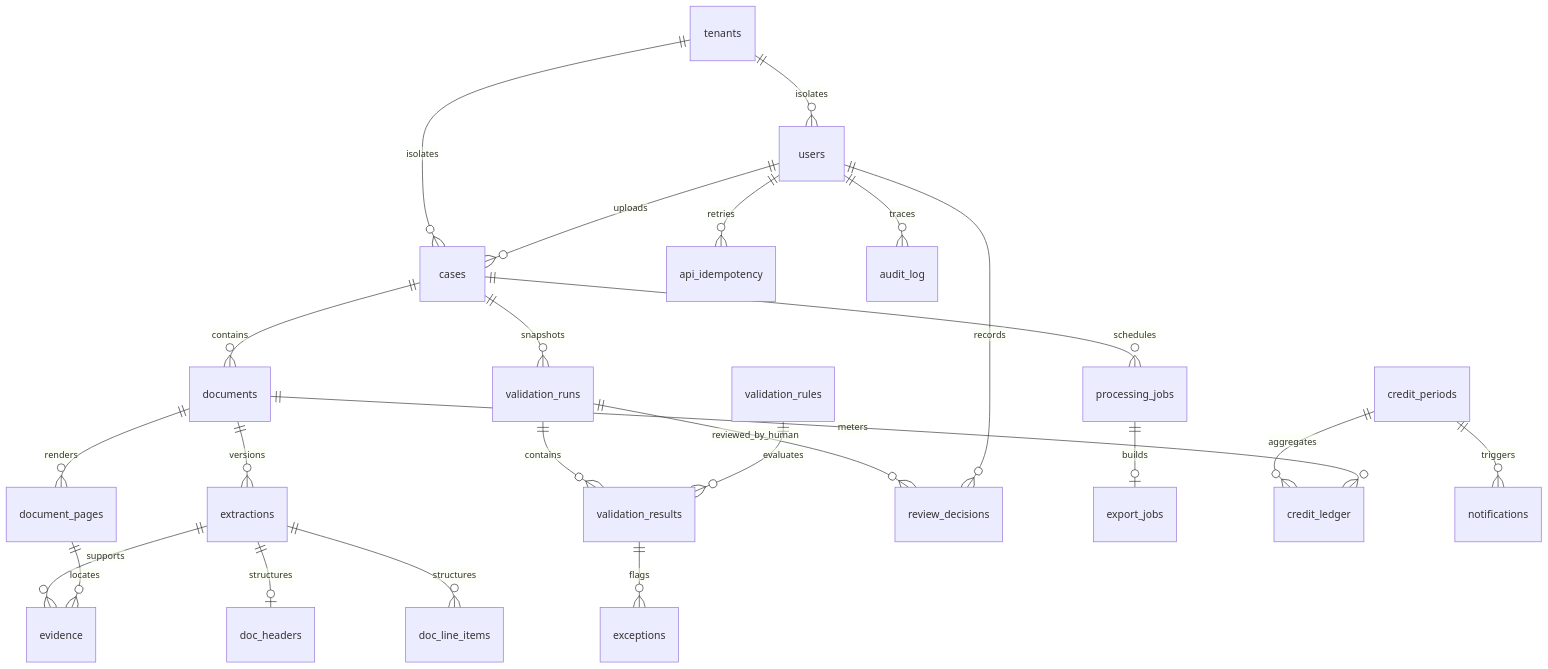
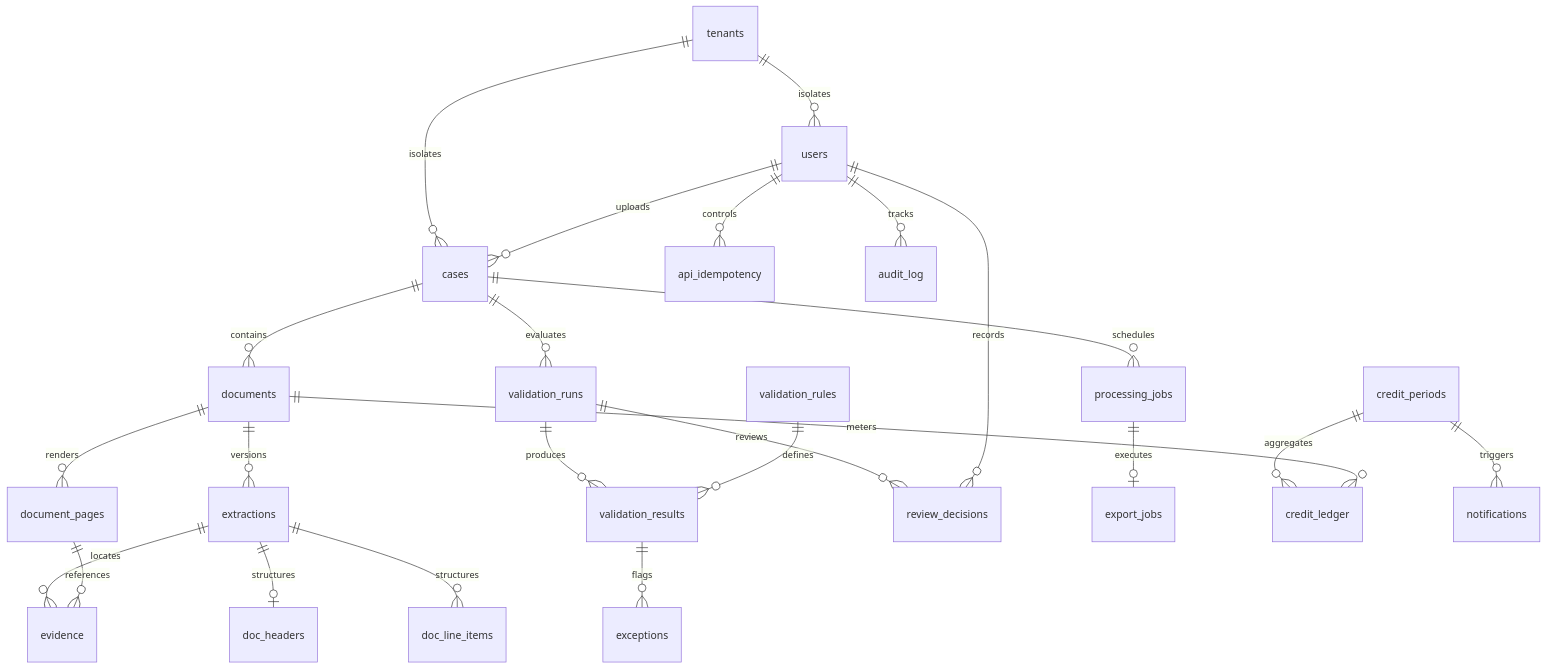
One commit to felixnatanaelbutarbutar/ALAMTRI changed the diagram in docs/DATA_MODEL.md. Above: the diagram before and after it, drawn with Mermaid. The commit also changed other lines of this file and 21 other files, not shown here.

````diff
--- a/docs/DATA_MODEL.md
+++ b/docs/DATA_MODEL.md
@@ -38,26 +462,26 @@
 ```mermaid
 erDiagram
- tenants ||--o{ users : isolates
- tenants ||--o{ cases : isolates
- users ||--o{ cases : uploads
- cases ||--o{ documents : contains
- documents ||--o{ document_pages : renders
- cases ||--o{ processing_jobs : schedules
- documents ||--o{ extractions : versions
- extractions ||--o| doc_headers : structures
- extractions ||--o{ doc_line_items : structures
- extractions ||--o{ evidence : supports
- document_pages ||--o{ evidence : locates
- cases ||--o{ validation_runs : snapshots
- validation_runs ||--o{ validation_results : contains
- validation_rules ||--o{ validation_results : evaluates
- validation_results ||--o{ exceptions : flags
- validation_runs ||--o{ review_decisions : reviewed_by_human
- users ||--o{ review_decisions : records
- processing_jobs ||--o| export_jobs : builds
- credit_periods ||--o{ credit_ledger : aggregates
- documents ||--o{ credit_ledger : meters
- credit_periods ||--o{ notifications : triggers
- users ||--o{ api_idempotency : retries
- users ||--o{ audit_log : traces
+    tenants ||--o{ users : isolates
+    tenants ||--o{ cases : isolates
+    users ||--o{ cases : uploads
+    cases ||--o{ documents : contains
+    documents ||--o{ document_pages : renders
+    cases ||--o{ processing_jobs : schedules
+    documents ||--o{ extractions : versions
+    extractions ||--o| doc_headers : structures
+    extractions ||--o{ doc_line_items : structures
+    extractions ||--o{ evidence : locates
+    document_pages ||--o{ evidence : references
+    cases ||--o{ validation_runs : evaluates
+    validation_runs ||--o{ validation_results : produces
+    validation_rules ||--o{ validation_results : defines
+    validation_results ||--o{ exceptions : flags
+    validation_runs ||--o{ review_decisions : reviews
+    users ||--o{ review_decisions : records
+    processing_jobs ||--o| export_jobs : executes
+    credit_periods ||--o{ credit_ledger : aggregates
+    documents ||--o{ credit_ledger : meters
+    credit_periods ||--o{ notifications : triggers
+    users ||--o{ api_idempotency : controls
+    users ||--o{ audit_log : tracks
 ```
````
